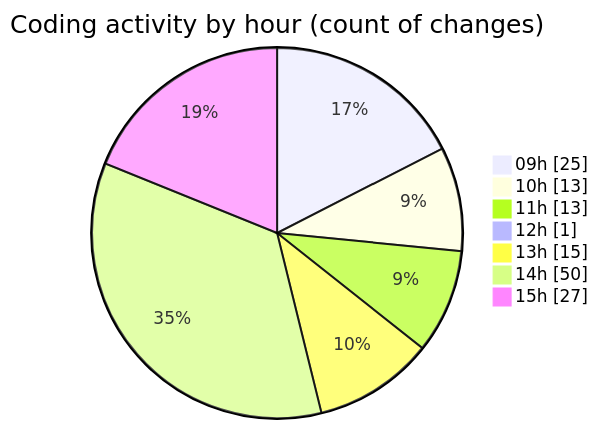
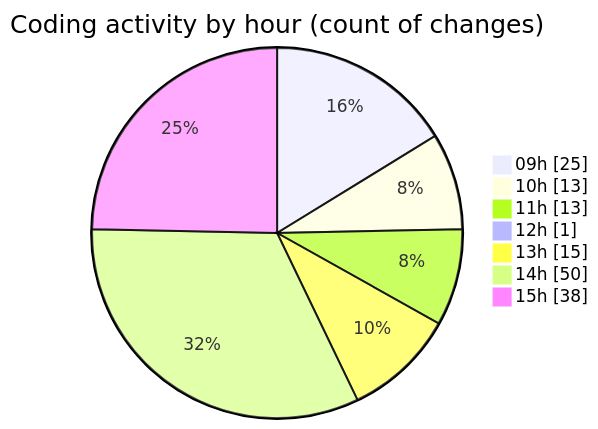
The second of 2 diagrams in 2025-05-07/cda/README.md (momahboobian/code-tracking), drawn with Mermaid before and after one commit. The commit also changed other lines of this file and 1 other file, not shown here.

````diff
--- a/2025-05-07/cda/README.md
+++ b/2025-05-07/cda/README.md
@@ -104,11 +114,11 @@
 ```mermaid
 pie showData
 title Coding activity by hour (count of changes)
 "09h" : 25
 "10h" : 13
 "11h" : 13
 "12h" : 1
 "13h" : 15
 "14h" : 50
-"15h" : 27
+"15h" : 38
 ```
````
